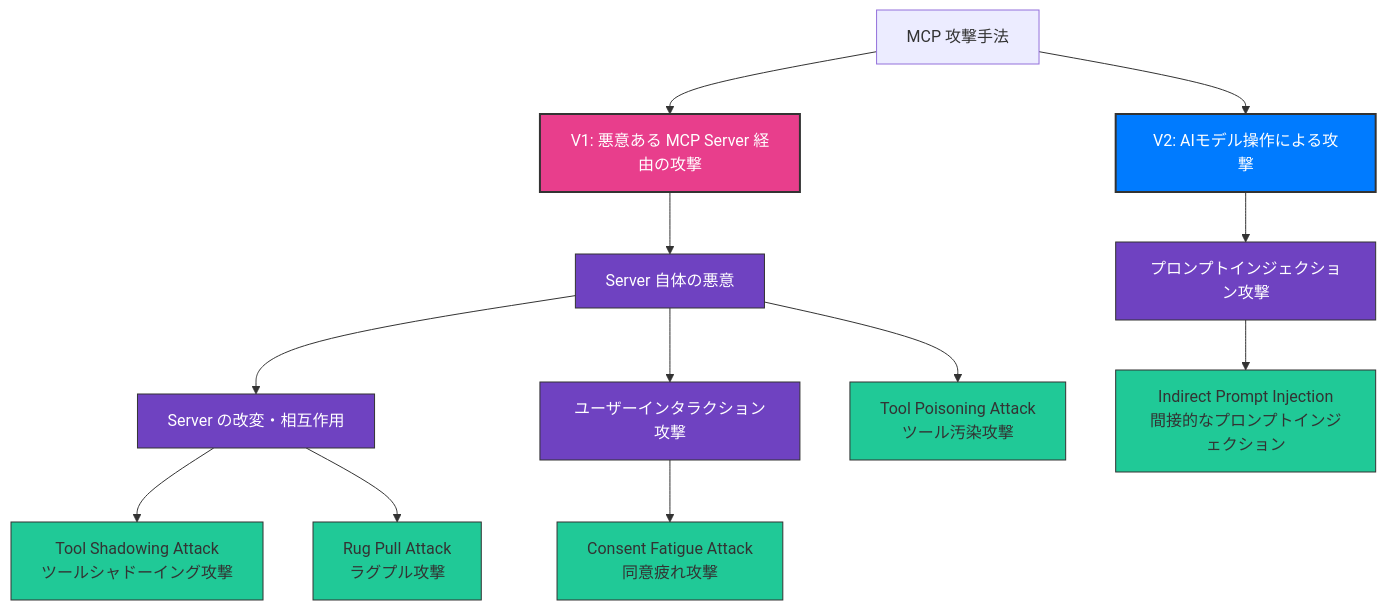
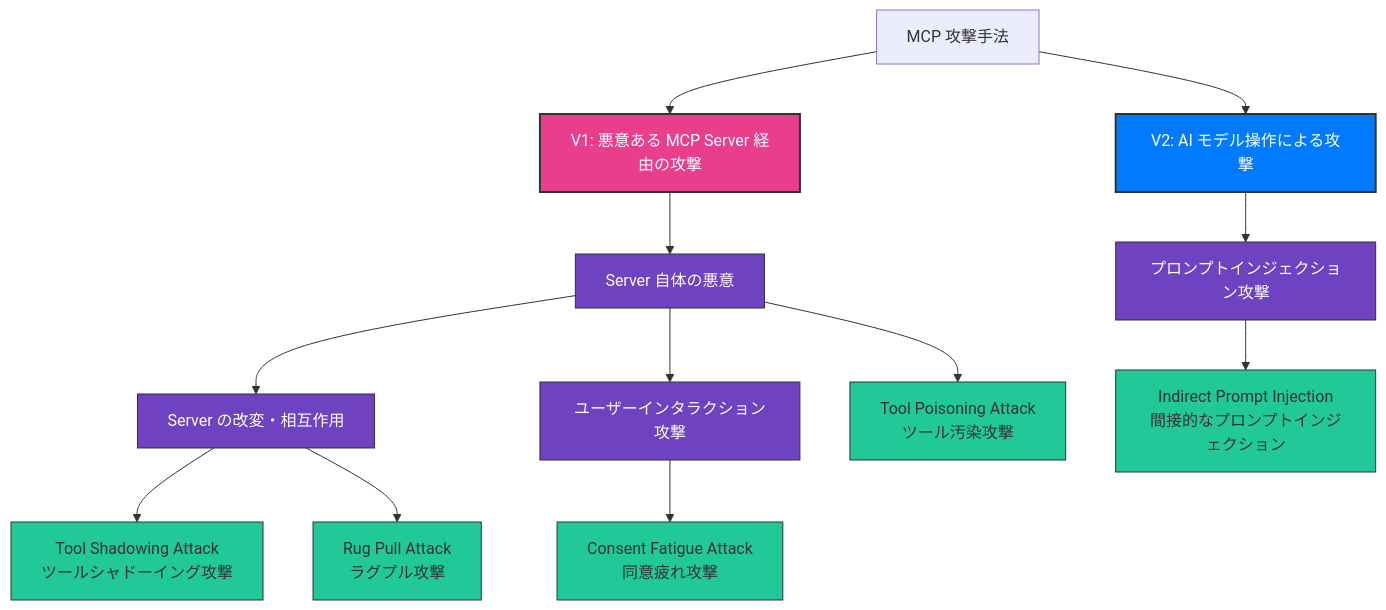
Before and after one commit to littlemex/zenn: the first of 7 diagrams in books/security-of-the-mcp/chapter17.md, drawn with Mermaid.

Commit message:
chapter17

````diff
--- a/books/security-of-the-mcp/chapter17.md
+++ b/books/security-of-the-mcp/chapter17.md
@@ -44,38 +44,38 @@
 ```mermaid
 graph TD
     A[MCP 攻撃手法] --> B[V1: 悪意ある MCP Server 経由の攻撃]
-    A --> C[V2: AIモデル操作による攻撃]
+    A --> C[V2: AI モデル操作による攻撃]
     
-    %% V1: 悪意あるMCP Server 経由の攻撃
+    %% V1: 悪意ある MCP Server 経由の攻撃
     B --> D[Server 自体の悪意]
     D --> E[Server の改変・相互作用]
     D --> L[ユーザーインタラクション攻撃]
     
     %% Server 自体の悪意
     D --> F[Tool Poisoning Attack<br>ツール汚染攻撃]
     E --> H[Tool Shadowing Attack<br>ツールシャドーイング攻撃]
     L --> O[Consent Fatigue Attack<br>同意疲れ攻撃]
     
     %% サーバーの改変・乗っ取り
     E --> I[Rug Pull Attack<br>ラグプル攻撃]
     
     %% V2: AI モデル操作による攻撃
     C --> K[プロンプトインジェクション攻撃]
     
     %% プロンプトインジェクション攻撃
     K --> M[Indirect Prompt Injection<br>間接的なプロンプトインジェクション]
     
     %% ユーザーインタラクション攻撃
     
     %% スタイル設定
     classDef v1 fill:#e83e8c,stroke:#333,stroke-width:2px,color:white;
     classDef v2 fill:#007bff,stroke:#333,stroke-width:2px,color:white;
     classDef category fill:#6f42c1,stroke:#333,stroke-width:1px,color:white;
     classDef attack fill:#20c997,stroke:#333,stroke-width:1px;
     
     class A root;
     class B v1;
     class C v2;
     class D,E,K,L category;
     class F,G,H,I,J,M,N,O,P attack;
 ```
````
